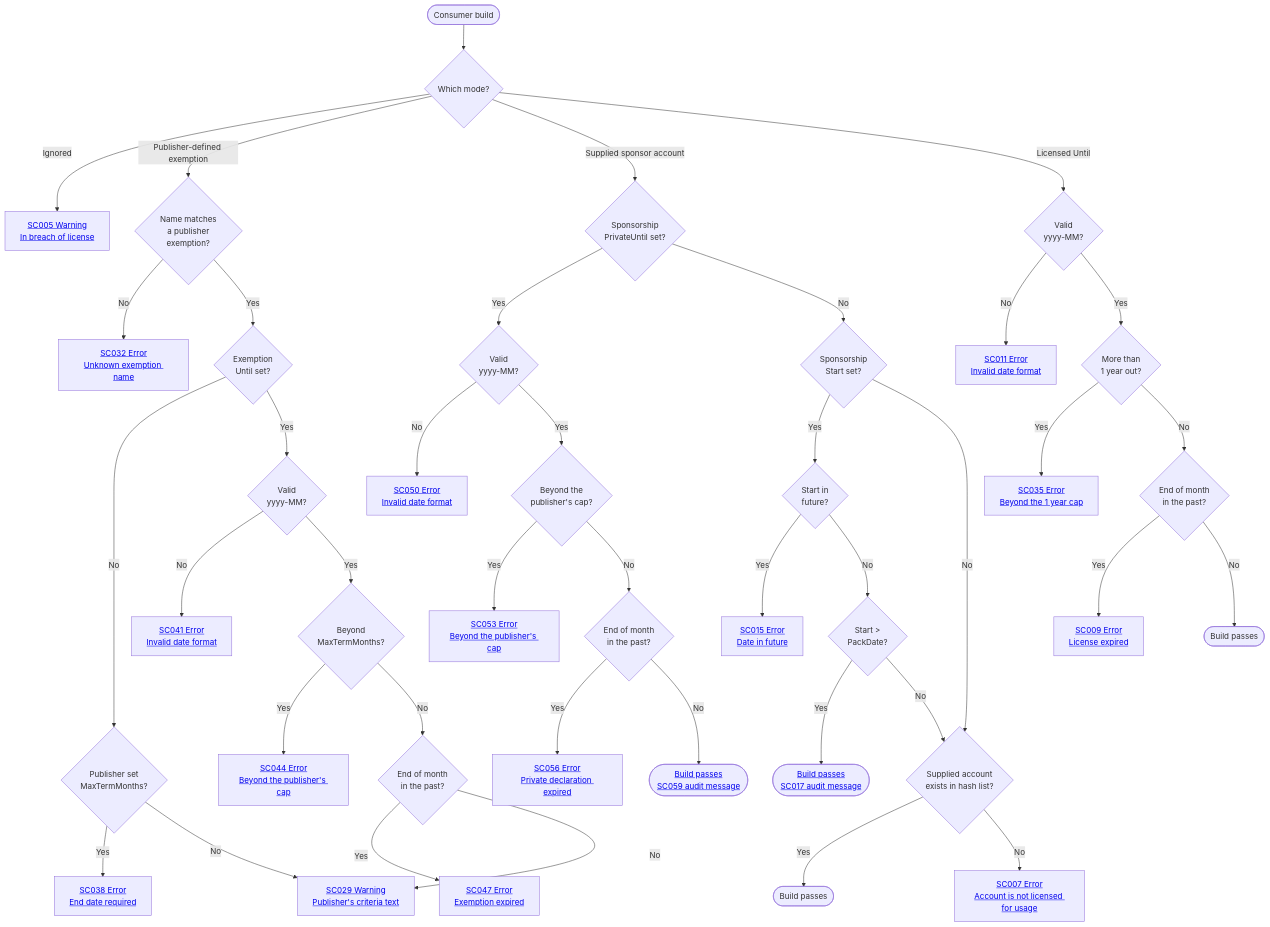
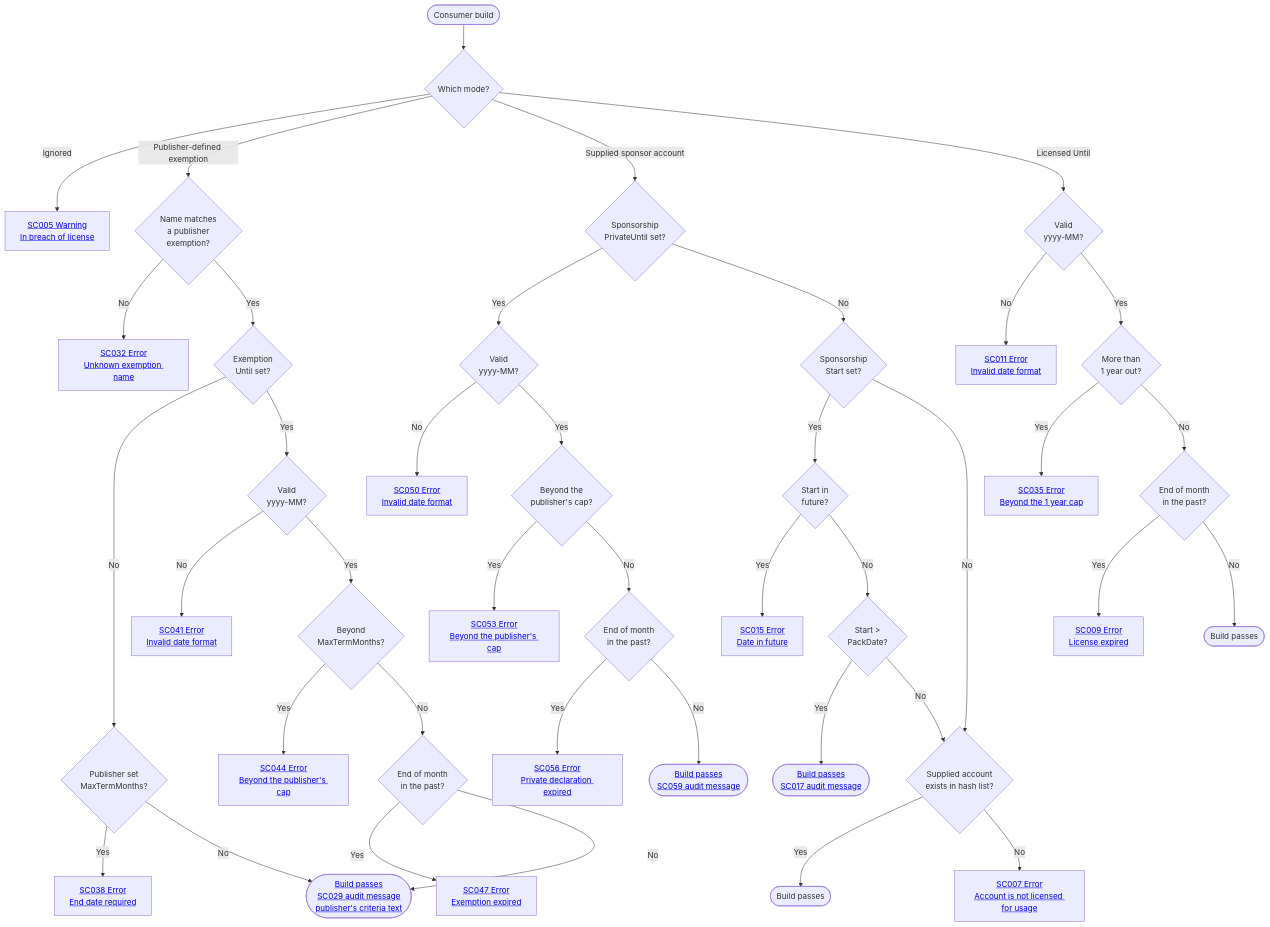
The diagram in docs/ConsumerUsage.md (SimonCropp/SponsorCheck), drawn with Mermaid before and after one commit. The commit also changed other lines of this file and 38 other files, not shown here.

````diff
--- a/docs/ConsumerUsage.md
+++ b/docs/ConsumerUsage.md
@@ -353,48 +353,48 @@
 ```mermaid
 flowchart TD
     Start([Consumer build]) --> Which{Which mode?}
 
     Which -->|Ignored| SC005[<a href='https://github.com/SimonCropp/SponsorCheck/blob/main/docs/VerifierDiagnosticCodes.md#sc005'>SC005 Warning<br/>In breach of license</a>]
 
     Which -->|Publisher-defined exemption| KnownName{Name matches<br/>a publisher<br/>exemption?}
     KnownName -->|No| SC032[<a href='https://github.com/SimonCropp/SponsorCheck/blob/main/docs/VerifierDiagnosticCodes.md#sc032'>SC032 Error<br/>Unknown exemption name</a>]
     KnownName -->|Yes| HasUntil{Exemption<br/>Until set?}
     HasUntil -->|No| Capped{Publisher set<br/>MaxTermMonths?}
     Capped -->|Yes| SC038[<a href='https://github.com/SimonCropp/SponsorCheck/blob/main/docs/VerifierDiagnosticCodes.md#sc038'>SC038 Error<br/>End date required</a>]
     Capped -->|No| SC029
     HasUntil -->|Yes| UntilYM{Valid<br/>yyyy-MM?}
     UntilYM -->|No| SC041[<a href='https://github.com/SimonCropp/SponsorCheck/blob/main/docs/VerifierDiagnosticCodes.md#sc041'>SC041 Error<br/>Invalid date format</a>]
     UntilYM -->|Yes| UntilCap{Beyond<br/>MaxTermMonths?}
     UntilCap -->|Yes| SC044[<a href='https://github.com/SimonCropp/SponsorCheck/blob/main/docs/VerifierDiagnosticCodes.md#sc044'>SC044 Error<br/>Beyond the publisher's cap</a>]
     UntilCap -->|No| UntilExpired{End of month<br/>in the past?}
     UntilExpired -->|Yes| SC047[<a href='https://github.com/SimonCropp/SponsorCheck/blob/main/docs/VerifierDiagnosticCodes.md#sc047'>SC047 Error<br/>Exemption expired</a>]
     UntilExpired -->|No| SC029
-    SC029[<a href='https://github.com/SimonCropp/SponsorCheck/blob/main/docs/VerifierDiagnosticCodes.md#sc029'>SC029 Warning<br/>Publisher's criteria text</a>]
+    SC029([<a href='https://github.com/SimonCropp/SponsorCheck/blob/main/docs/VerifierDiagnosticCodes.md#sc029'>Build passes<br/>SC029 audit message<br/>publisher's criteria text</a>])
 
     Which -->|Supplied sponsor account| HasPrivate{Sponsorship<br/>PrivateUntil set?}
     HasPrivate -->|Yes| PrivateYM{Valid<br/>yyyy-MM?}
     PrivateYM -->|No| SC050[<a href='https://github.com/SimonCropp/SponsorCheck/blob/main/docs/VerifierDiagnosticCodes.md#sc050'>SC050 Error<br/>Invalid date format</a>]
     PrivateYM -->|Yes| PrivateCap{Beyond the<br/>publisher's cap?}
     PrivateCap -->|Yes| SC053[<a href='https://github.com/SimonCropp/SponsorCheck/blob/main/docs/VerifierDiagnosticCodes.md#sc053'>SC053 Error<br/>Beyond the publisher's cap</a>]
     PrivateCap -->|No| PrivateExpired{End of month<br/>in the past?}
     PrivateExpired -->|Yes| SC056[<a href='https://github.com/SimonCropp/SponsorCheck/blob/main/docs/VerifierDiagnosticCodes.md#sc056'>SC056 Error<br/>Private declaration expired</a>]
     PrivateExpired -->|No| PassPrivate([<a href='https://github.com/SimonCropp/SponsorCheck/blob/main/docs/VerifierDiagnosticCodes.md#sc059'>Build passes<br/>SC059 audit message</a>])
     HasPrivate -->|No| HasStart{Sponsorship<br/>Start set?}
     HasStart -->|Yes| Future{Start in<br/>future?}
     Future -->|Yes| SC015[<a href='https://github.com/SimonCropp/SponsorCheck/blob/main/docs/VerifierDiagnosticCodes.md#sc015'>SC015 Error<br/>Date in future</a>]
     Future -->|No| AfterPack{Start &gt;<br/>PackDate?}
     AfterPack -->|Yes| PassAttest([<a href='https://github.com/SimonCropp/SponsorCheck/blob/main/docs/VerifierDiagnosticCodes.md#sc017'>Build passes<br/>SC017 audit message</a>])
     AfterPack -->|No| Match
     HasStart -->|No| Match
     Match{Supplied account<br/>exists in hash list?}
     Match -->|Yes| PassSponsor([Build passes])
     Match -->|No| SC007[<a href='https://github.com/SimonCropp/SponsorCheck/blob/main/docs/VerifierDiagnosticCodes.md#sc007'>SC007 Error<br/>Account is not licensed for usage</a>]
 
     Which -->|Licensed Until| ParseYM{Valid<br/>yyyy-MM?}
     ParseYM -->|No| SC011[<a href='https://github.com/SimonCropp/SponsorCheck/blob/main/docs/VerifierDiagnosticCodes.md#sc011'>SC011 Error<br/>Invalid date format</a>]
     ParseYM -->|Yes| TooFar{More than<br/>1 year out?}
     TooFar -->|Yes| SC035[<a href='https://github.com/SimonCropp/SponsorCheck/blob/main/docs/VerifierDiagnosticCodes.md#sc035'>SC035 Error<br/>Beyond the 1 year cap</a>]
     TooFar -->|No| Expired{End of month<br/>in the past?}
     Expired -->|Yes| SC009[<a href='https://github.com/SimonCropp/SponsorCheck/blob/main/docs/VerifierDiagnosticCodes.md#sc009'>SC009 Error<br/>License expired</a>]
     Expired -->|No| PassLicense([Build passes])
 ```
````
